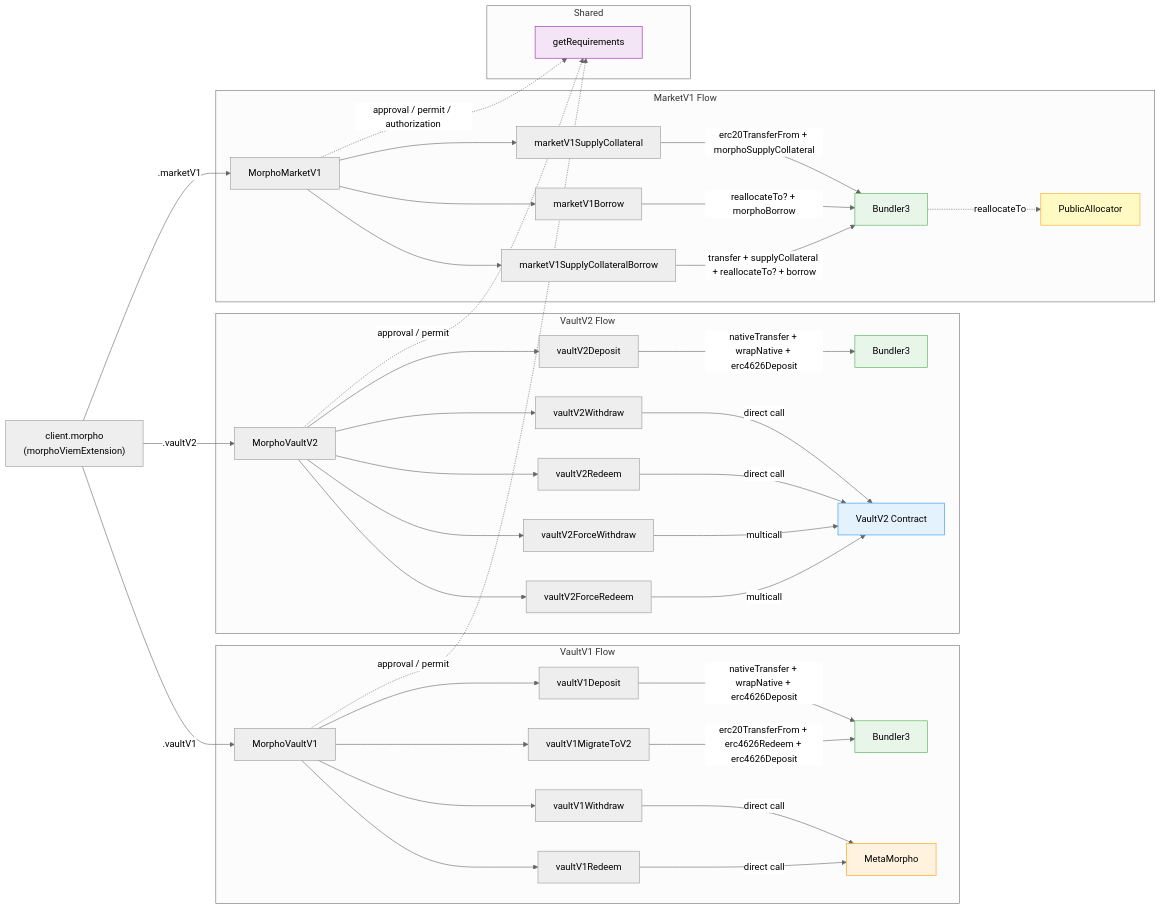
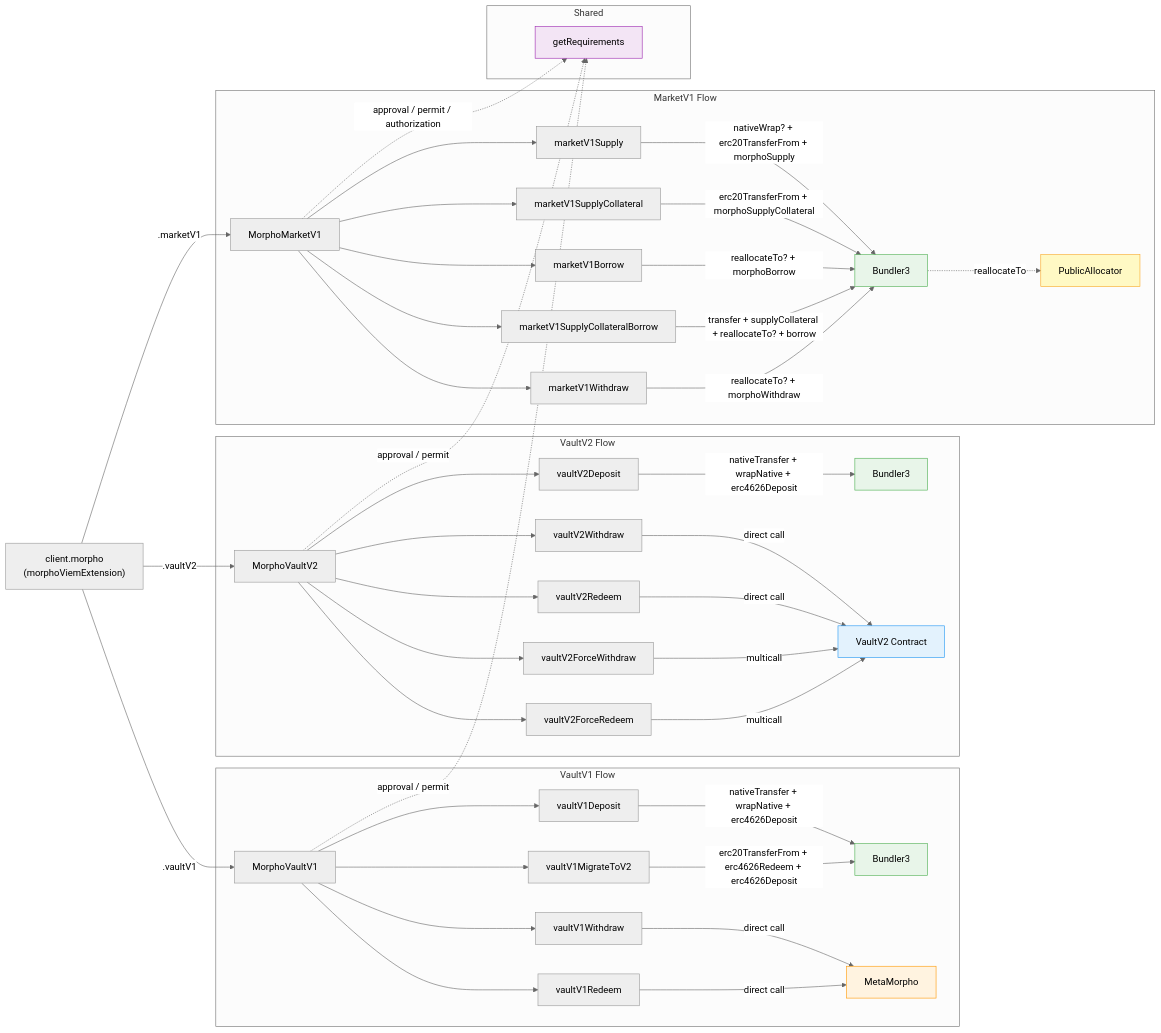
Before and after one commit to morpho-org/sdks: the diagram in packages/morpho-sdk/README.md, drawn with Mermaid (neutral theme). The commit also changed other lines of this file, not shown here.

First line of the commit message:
docs(morpho-sdk): document marketV1 supply and withdraw loan-asset actions

````diff
--- a/packages/morpho-sdk/README.md
+++ b/packages/morpho-sdk/README.md
@@ -408,66 +470,70 @@
 ```mermaid
 graph LR
     MC["client.morpho<br/>(morphoViemExtension)"]
 
     MC -->|.vaultV1| MV1
     MC -->|.vaultV2| MV2
     MC -->|.marketV1| MM1
 
     subgraph VaultV1 Flow
         MV1[MorphoVaultV1]
         MV1 --> V1D[vaultV1Deposit]
         MV1 --> V1W[vaultV1Withdraw]
         MV1 --> V1R[vaultV1Redeem]
         MV1 --> V1M[vaultV1MigrateToV2]
 
         V1D -->|nativeTransfer + wrapNative + erc4626Deposit| B1[Bundler3]
         V1W -->|direct call| MM[MetaMorpho]
         V1R -->|direct call| MM
         V1M -->|erc20TransferFrom + erc4626Redeem + erc4626Deposit| B1
     end
 
     subgraph VaultV2 Flow
         MV2[MorphoVaultV2]
         MV2 --> V2D[vaultV2Deposit]
         MV2 --> V2W[vaultV2Withdraw]
         MV2 --> V2R[vaultV2Redeem]
         MV2 --> V2FW[vaultV2ForceWithdraw]
         MV2 --> V2FR[vaultV2ForceRedeem]
 
         V2D -->|nativeTransfer + wrapNative + erc4626Deposit| B2[Bundler3]
         V2W -->|direct call| V2C[VaultV2 Contract]
         V2R -->|direct call| V2C
         V2FW -->|multicall| V2C
         V2FR -->|multicall| V2C
     end
 
     subgraph MarketV1 Flow
         MM1[MorphoMarketV1]
+        MM1 --> M1S[marketV1Supply]
         MM1 --> M1SC[marketV1SupplyCollateral]
         MM1 --> M1B[marketV1Borrow]
         MM1 --> M1SCB[marketV1SupplyCollateralBorrow]
+        MM1 --> M1W[marketV1Withdraw]
 
-        M1SC -->|erc20TransferFrom + morphoSupplyCollateral| B3[Bundler3]
+        M1S -->|nativeWrap? + erc20TransferFrom + morphoSupply| B3[Bundler3]
+        M1SC -->|erc20TransferFrom + morphoSupplyCollateral| B3
         M1B -->|reallocateTo? + morphoBorrow| B3
         M1SCB -->|transfer + supplyCollateral + reallocateTo? + borrow| B3
+        M1W -->|reallocateTo? + morphoWithdraw| B3
 
         B3 -.->|reallocateTo| PA[PublicAllocator]
     end
 
 
     subgraph Shared
         REQ[getRequirements]
     end
 
     MV1 -.->|approval / permit| REQ
     MV2 -.->|approval / permit| REQ
     MM1 -.->|approval / permit / authorization| REQ
 
     style B1 fill:#e8f5e9,stroke:#4caf50
     style B2 fill:#e8f5e9,stroke:#4caf50
     style B3 fill:#e8f5e9,stroke:#4caf50
     style MM fill:#fff3e0,stroke:#ff9800
     style V2C fill:#e3f2fd,stroke:#2196f3
     style REQ fill:#f3e5f5,stroke:#9c27b0
     style PA fill:#fff9c4,stroke:#f9a825
 ```
````
